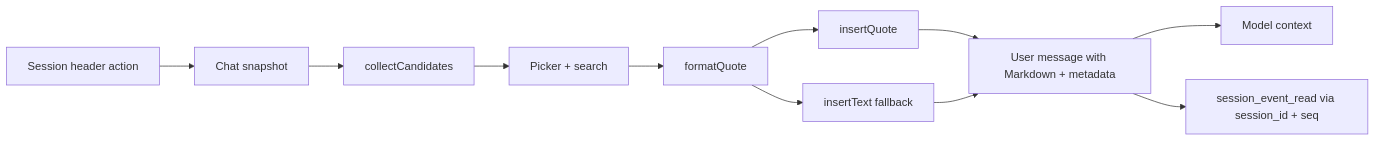
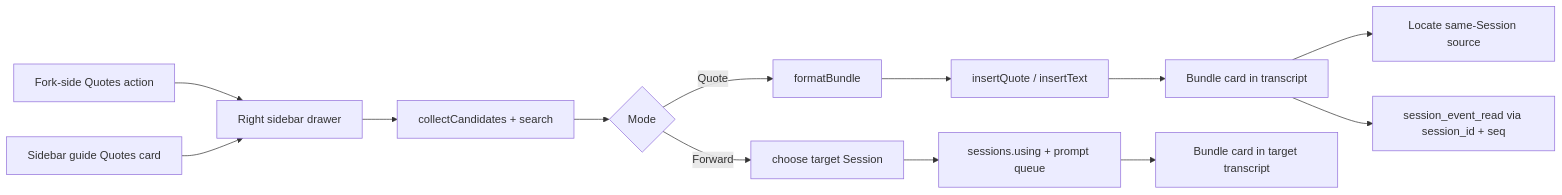
The diagram in README.md (SpellingDragon/dsh-better-quotes), drawn with Mermaid before and after one commit. The commit also changed other lines of this file and 24 other files, not shown here.

First line of the commit message:
feat: quote from the Fork action through a right-sidebar drawer

````diff
--- a/README.md
+++ b/README.md
@@ -179,13 +205,15 @@
 ```mermaid
 flowchart LR
-  A[Session header action] --> B[Chat snapshot]
-  B --> C[collectCandidates]
-  C --> D[Picker + search]
-  D --> E[formatQuote]
-  E --> F[insertQuote]
-  E --> G[insertText fallback]
-  F --> H[User message with Markdown + metadata]
-  G --> H
-  H --> I[Model context]
-  H --> J[session_event_read via session_id + seq]
+  A[Fork-side Quotes action] --> B[Right sidebar drawer]
+  C[Sidebar guide Quotes card] --> B
+  B --> D[collectCandidates + search]
+  D --> E{Mode}
+  E -->|Quote| F[formatBundle]
+  F --> G[insertQuote / insertText]
+  G --> H[Bundle card in transcript]
+  E -->|Forward| I[choose target Session]
+  I --> J[sessions.using + prompt queue]
+  J --> K[Bundle card in target transcript]
+  H --> L[Locate same-Session source]
+  H --> M[session_event_read via session_id + seq]
 ```
````
